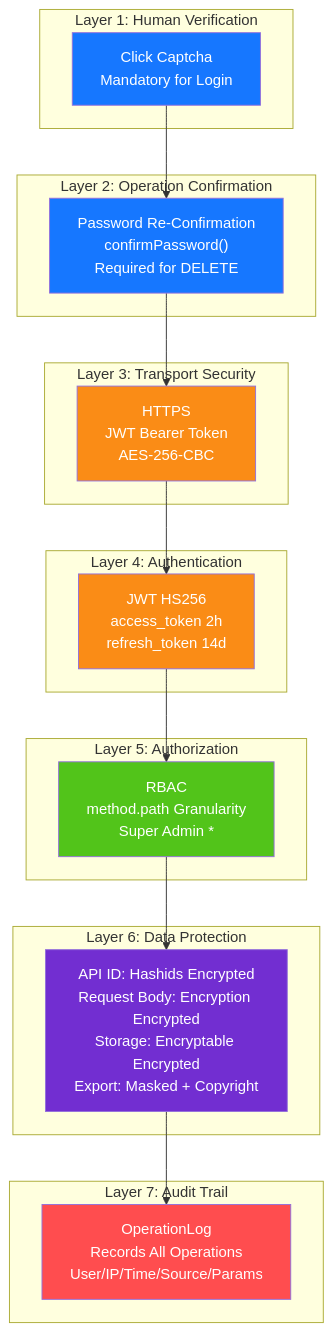
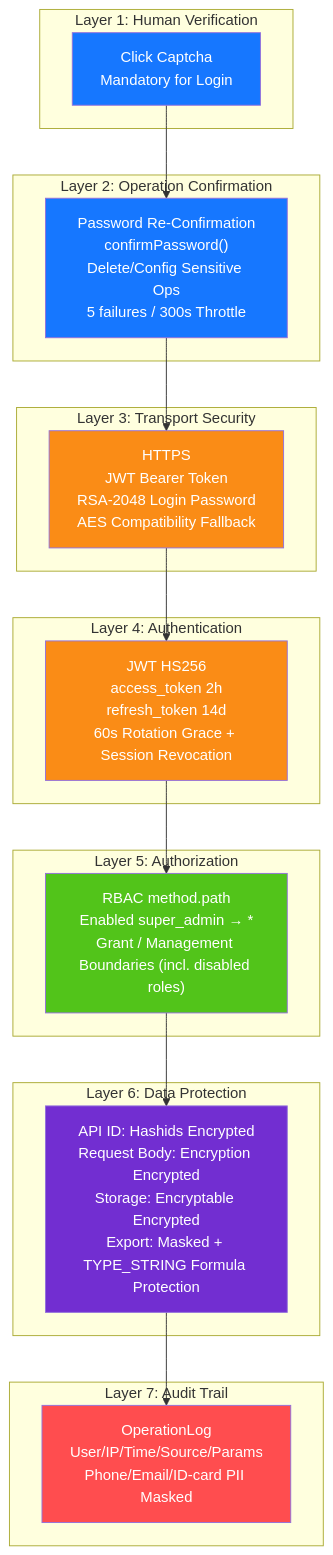
One commit to erikwang2013/open-admin changed diagram 13 of 14 in docs/ARCHITECTURE.en.md. Above: the diagram before and after it, drawn with Mermaid. The commit also changed other lines of this file and 62 other files, not shown here.

````diff
--- a/docs/ARCHITECTURE.en.md
+++ b/docs/ARCHITECTURE.en.md
@@ -596,40 +612,40 @@
 ```mermaid
 flowchart TB
     subgraph "Layer 1: Human Verification"
         L1["Click Captcha<br/>Mandatory for Login"]
     end
 
     subgraph "Layer 2: Operation Confirmation"
-        L2["Password Re-Confirmation<br/>confirmPassword()<br/>Required for DELETE"]
+        L2["Password Re-Confirmation<br/>confirmPassword()<br/>Delete/Config Sensitive Ops<br/>5 failures / 300s Throttle"]
     end
 
     subgraph "Layer 3: Transport Security"
-        L3["HTTPS<br/>JWT Bearer Token<br/>AES-256-CBC"]
+        L3["HTTPS<br/>JWT Bearer Token<br/>RSA-2048 Login Password<br/>AES Compatibility Fallback"]
     end
 
     subgraph "Layer 4: Authentication"
-        L4["JWT HS256<br/>access_token 2h<br/>refresh_token 14d"]
+        L4["JWT HS256<br/>access_token 2h<br/>refresh_token 14d<br/>60s Rotation Grace + Session Revocation"]
     end
 
     subgraph "Layer 5: Authorization"
-        L5["RBAC<br/>method.path Granularity<br/>Super Admin * "]
+        L5["RBAC method.path<br/>Enabled super_admin → *<br/>Grant / Management Boundaries (incl. disabled roles)"]
     end
 
     subgraph "Layer 6: Data Protection"
-        L6["API ID: Hashids Encrypted<br/>Request Body: Encryption Encrypted<br/>Storage: Encryptable Encrypted<br/>Export: Masked + Copyright"]
+        L6["API ID: Hashids Encrypted<br/>Request Body: Encryption Encrypted<br/>Storage: Encryptable Encrypted<br/>Export: Masked + TYPE_STRING Formula Protection"]
     end
 
     subgraph "Layer 7: Audit Trail"
-        L7["OperationLog<br/>Records All Operations<br/>User/IP/Time/Source/Params"]
+        L7["OperationLog<br/>User/IP/Time/Source/Params<br/>Phone/Email/ID-card PII Masked"]
     end
 
     L1 --> L2 --> L3 --> L4 --> L5 --> L6 --> L7
 
     style L1 fill:#1677FF,color:#fff
     style L2 fill:#1677FF,color:#fff
     style L3 fill:#FA8C16,color:#fff
     style L4 fill:#FA8C16,color:#fff
     style L5 fill:#52C41A,color:#fff
     style L6 fill:#722ED1,color:#fff
     style L7 fill:#FF4D4F,color:#fff
 ```
````
